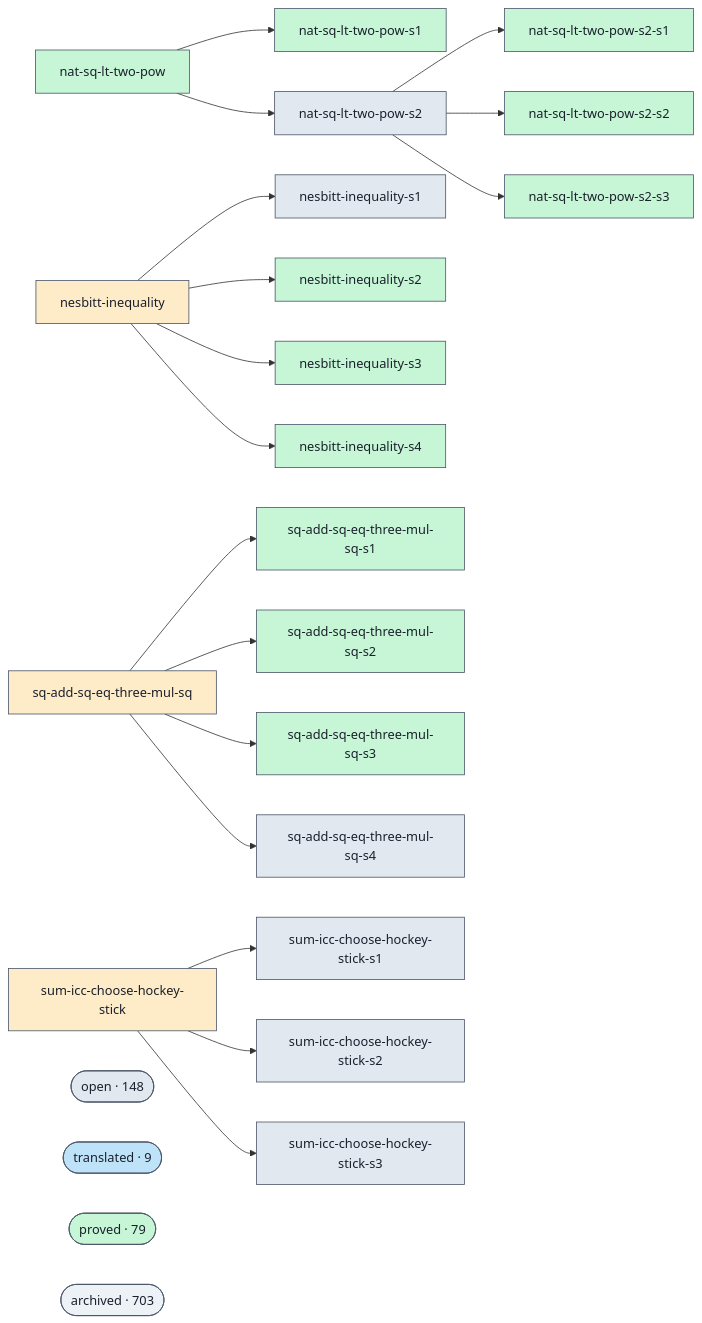
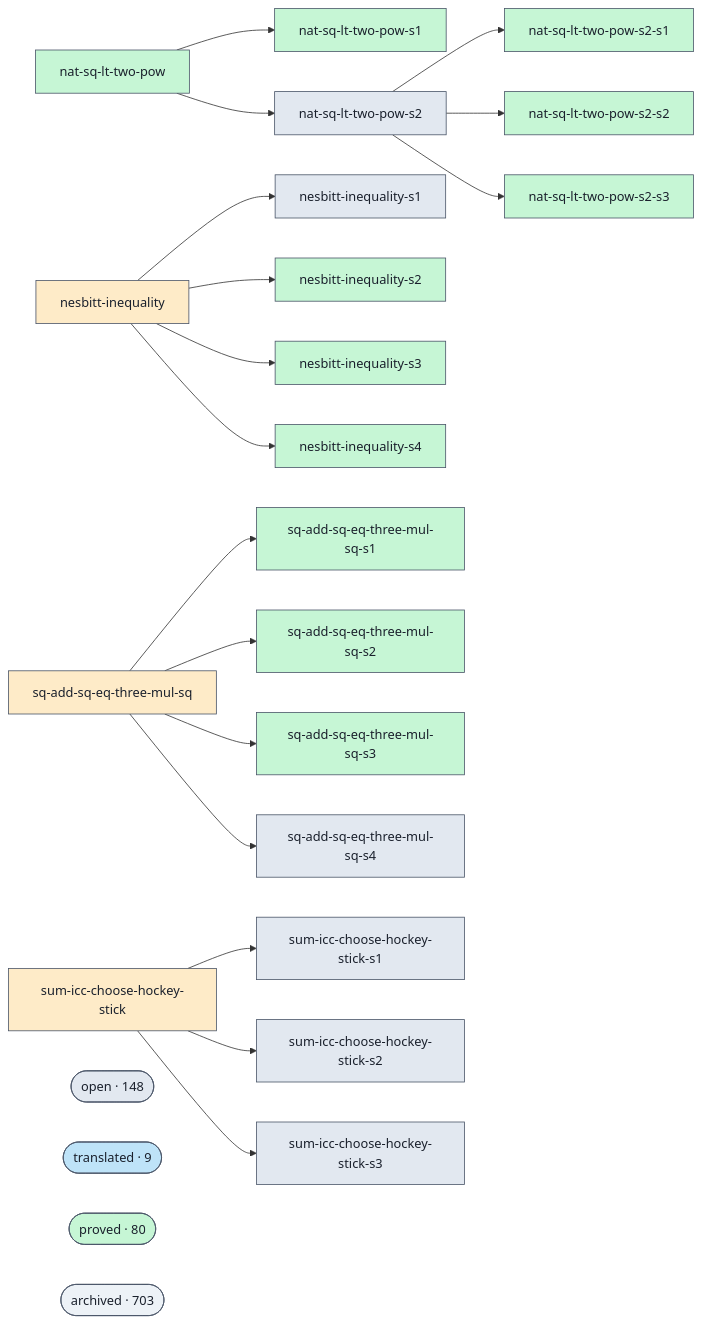
One commit to Rauxon/unsorry changed the diagram in docs/proofs-contributors-visualisation.md. Above: the diagram before and after it, drawn with Mermaid. The commit also changed other lines of this file and 2 other files, not shown here.

```diff
--- a/docs/proofs-contributors-visualisation.md
+++ b/docs/proofs-contributors-visualisation.md
@@ -102,7 +102,7 @@
   class cluster_open open;
   cluster_translated(["translated · 9"])
   class cluster_translated translated;
-  cluster_proved(["proved · 79"])
+  cluster_proved(["proved · 80"])
   class cluster_proved proved;
   cluster_archived(["archived · 703"])
   class cluster_archived unknown;
```
